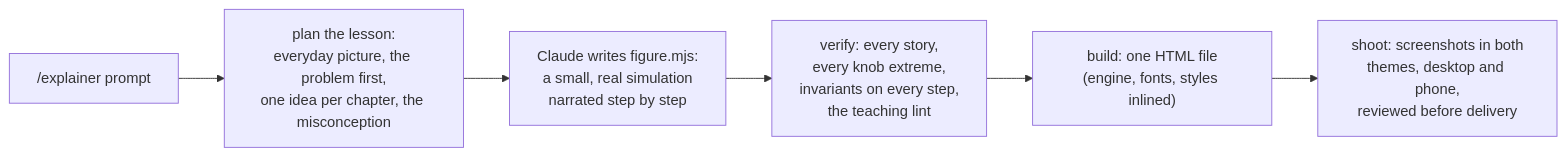
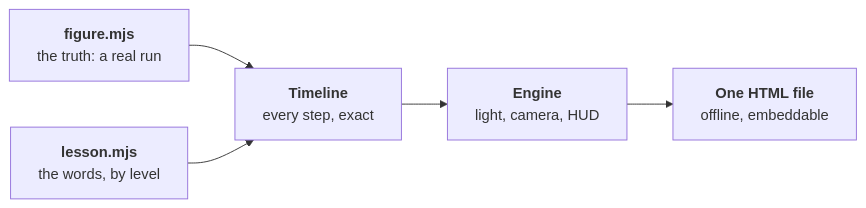
Before and after one commit to irfanalimd/explainer: the first of 2 diagrams in README.md, drawn with Mermaid. The commit also changed other lines of this file and 19 other files, not shown here.

````diff
--- a/README.md
+++ b/README.md
@@ -109,8 +157,7 @@
 ```mermaid
 flowchart LR
-  A["/explainer prompt"] --> P["plan the lesson:<br/>everyday picture, the problem first,<br/>one idea per chapter, the misconception"]
-  P --> B["Claude writes figure.mjs:<br/>a small, real simulation<br/>narrated step by step"]
-  B --> C["verify: every story,<br/>every knob extreme,<br/>invariants on every step,<br/>the teaching lint"]
-  C --> D["build: one HTML file<br/>(engine, fonts, styles inlined)"]
-  D --> E["shoot: screenshots in both<br/>themes, desktop and phone,<br/>reviewed before delivery"]
+  F["<b>figure.mjs</b><br/>the truth: a real run"] --> T["<b>Timeline</b><br/>every step, exact"]
+  L["<b>lesson.mjs</b><br/>the words, by level"] --> T
+  T --> E["<b>Engine</b><br/>light, camera, HUD"]
+  E --> H["<b>One HTML file</b><br/>offline, embeddable"]
 ```
````
